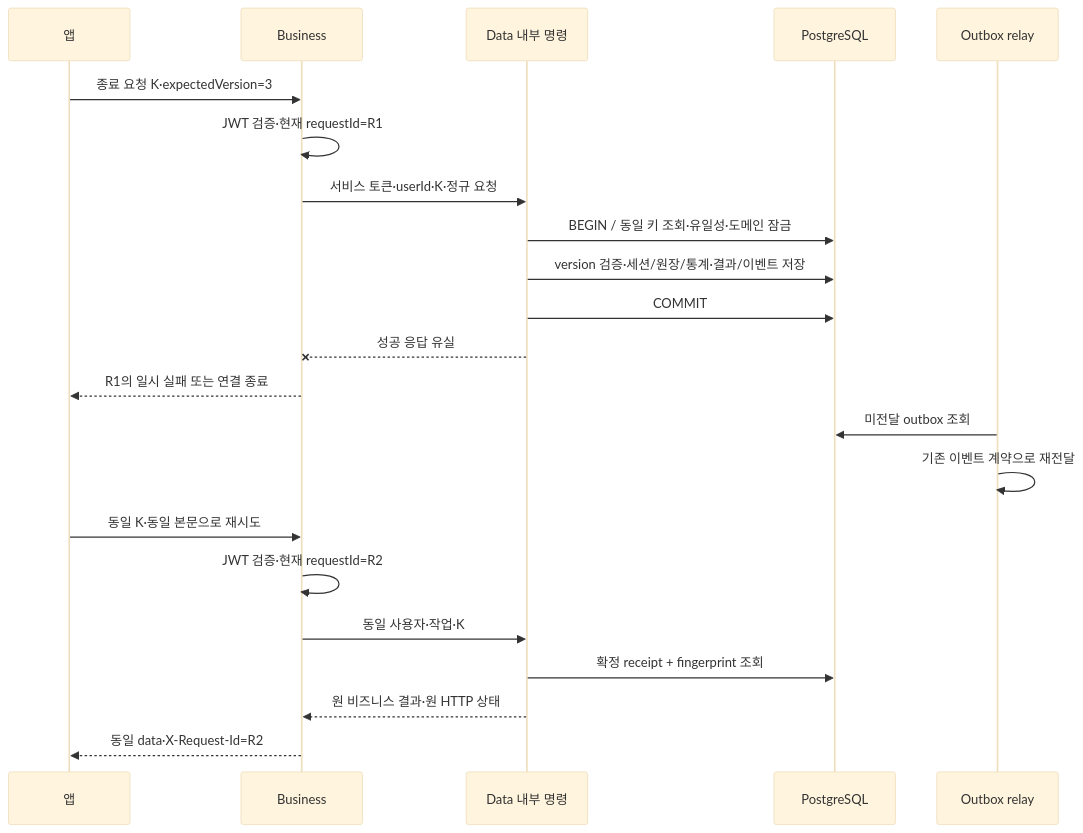
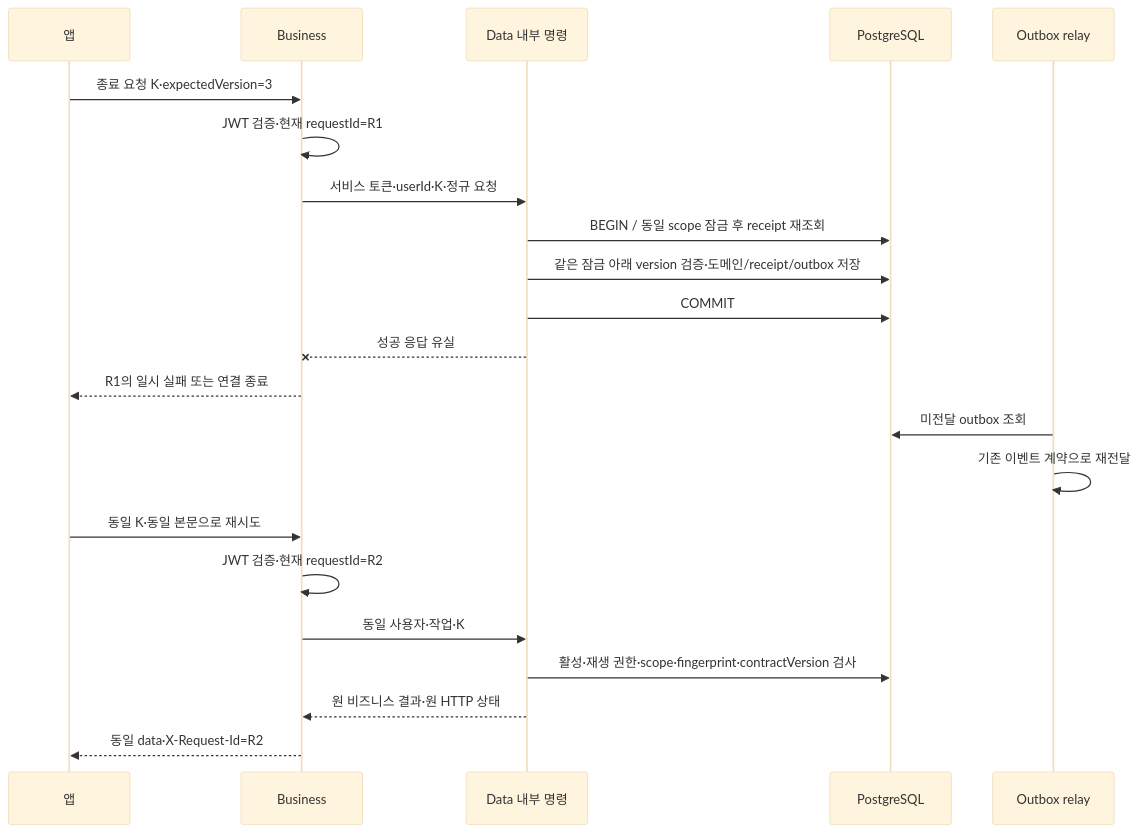
The second of 3 diagrams in docs/prd/api-platform/high-level-design.md (OneOrThree/phone), drawn with Mermaid (base theme) before and after one commit. The commit also changed other lines of this file and 4 other files, not shown here.

````diff
--- a/docs/prd/api-platform/high-level-design.md
+++ b/docs/prd/api-platform/high-level-design.md
@@ -55,24 +57,24 @@
 ```mermaid
 sequenceDiagram
     participant A as 앱
     participant B as Business
     participant D as Data 내부 명령
     participant P as PostgreSQL
     participant R as Outbox relay
     A->>B: 종료 요청 K·expectedVersion=3
     B->>B: JWT 검증·현재 requestId=R1
     B->>D: 서비스 토큰·userId·K·정규 요청
-    D->>P: BEGIN / 동일 키 조회·유일성·도메인 잠금
-    D->>P: version 검증·세션/원장/통계·결과/이벤트 저장
+    D->>P: BEGIN / 동일 scope 잠금 후 receipt 재조회
+    D->>P: 같은 잠금 아래 version 검증·도메인/receipt/outbox 저장
     D->>P: COMMIT
     D--xB: 성공 응답 유실
     B-->>A: R1의 일시 실패 또는 연결 종료
     R->>P: 미전달 outbox 조회
     R->>R: 기존 이벤트 계약으로 재전달
     A->>B: 동일 K·동일 본문으로 재시도
     B->>B: JWT 검증·현재 requestId=R2
     B->>D: 동일 사용자·작업·K
-    D->>P: 확정 receipt + fingerprint 조회
+    D->>P: 활성·재생 권한·scope·fingerprint·contractVersion 검사
     D-->>B: 원 비즈니스 결과·원 HTTP 상태
     B-->>A: 동일 data·X-Request-Id=R2
 ```
````
